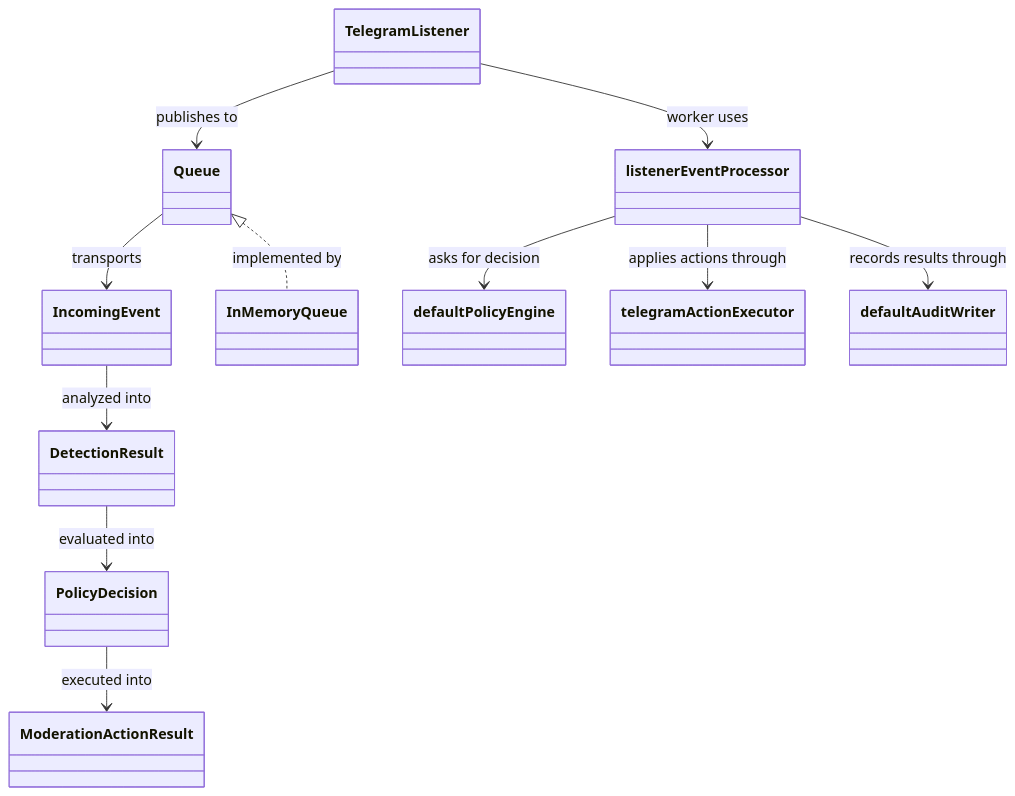
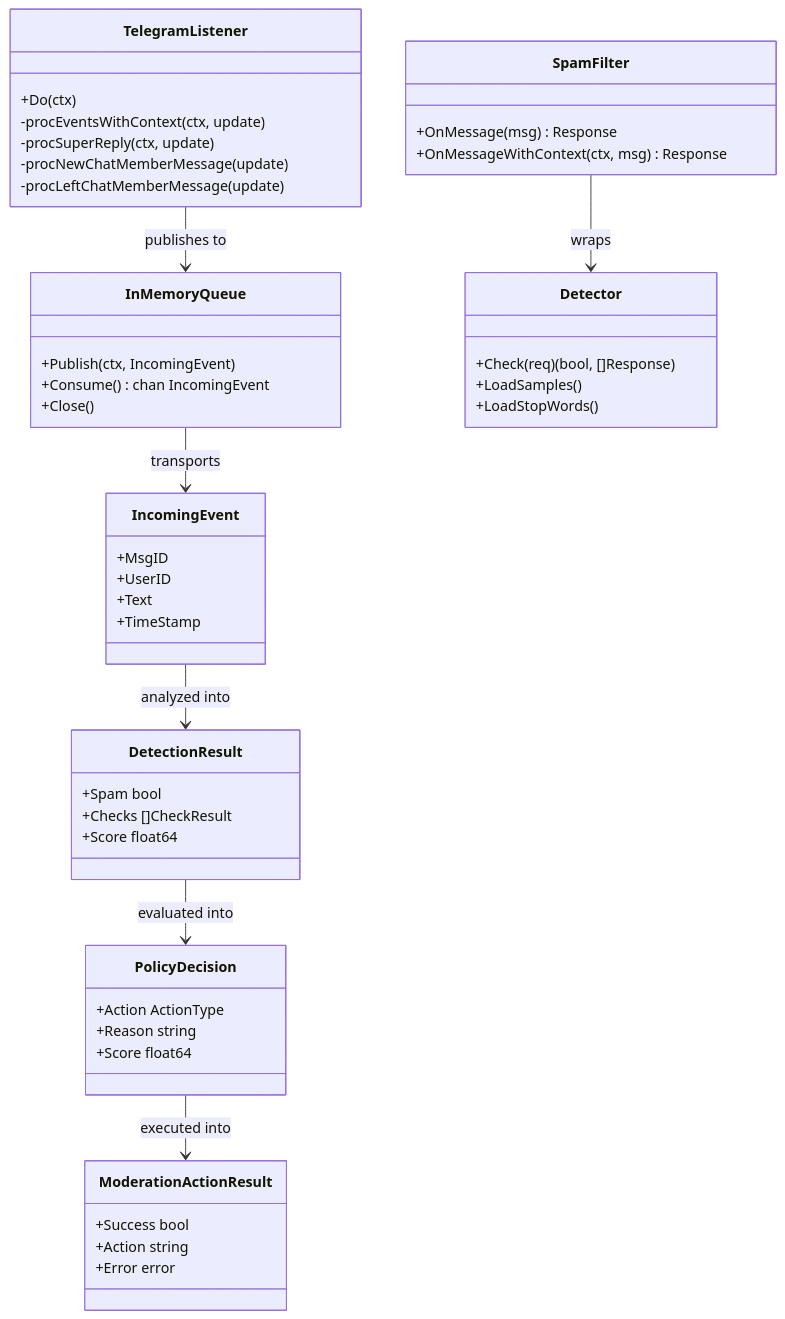
One commit to redstone-md/shield changed the fifth of 5 diagrams in docs/Architecture.md. Above: the diagram before and after it, drawn with Mermaid. The commit also changed other lines of this file, not shown here.

Commit message:
docs: rewrite Architecture.md with full module map and mermaid diagrams

````diff
--- a/docs/Architecture.md
+++ b/docs/Architecture.md
@@ -79,25 +172,59 @@
 ```mermaid
 classDiagram
-  class TelegramListener
-  class IncomingEvent
-  class DetectionResult
-  class PolicyDecision
-  class ModerationActionResult
-  class Queue
-  class InMemoryQueue
-  class listenerEventProcessor
-  class defaultPolicyEngine
-  class telegramActionExecutor
-  class defaultAuditWriter
+  class TelegramListener {
+    +Do(ctx)
+    -procEventsWithContext(ctx, update)
+    -procSuperReply(ctx, update)
+    -procNewChatMemberMessage(update)
+    -procLeftChatMemberMessage(update)
+  }
 
-  TelegramListener --> Queue : publishes to
-  Queue <|.. InMemoryQueue : implemented by
-  TelegramListener --> listenerEventProcessor : worker uses
-  listenerEventProcessor --> defaultPolicyEngine : asks for decision
-  listenerEventProcessor --> telegramActionExecutor : applies actions through
-  listenerEventProcessor --> defaultAuditWriter : records results through
-  Queue --> IncomingEvent : transports
+  class IncomingEvent {
+    +MsgID
+    +UserID
+    +Text
+    +TimeStamp
+  }
+
+  class DetectionResult {
+    +Spam bool
+    +Checks []CheckResult
+    +Score float64
+  }
+
+  class PolicyDecision {
+    +Action ActionType
+    +Reason string
+    +Score float64
+  }
+
+  class ModerationActionResult {
+    +Success bool
+    +Action string
+    +Error error
+  }
+
+  class InMemoryQueue {
+    +Publish(ctx, IncomingEvent)
+    +Consume() chan IncomingEvent
+    +Close()
+  }
+
+  class SpamFilter {
+    +OnMessage(msg) Response
+    +OnMessageWithContext(ctx, msg) Response
+  }
+
+  class Detector {
+    +Check(req) (bool, []Response)
+    +LoadSamples()
+    +LoadStopWords()
+  }
+
+  TelegramListener --> InMemoryQueue : publishes to
+  InMemoryQueue --> IncomingEvent : transports
   IncomingEvent --> DetectionResult : analyzed into
   DetectionResult --> PolicyDecision : evaluated into
   PolicyDecision --> ModerationActionResult : executed into
+  SpamFilter --> Detector : wraps
 ```
````
